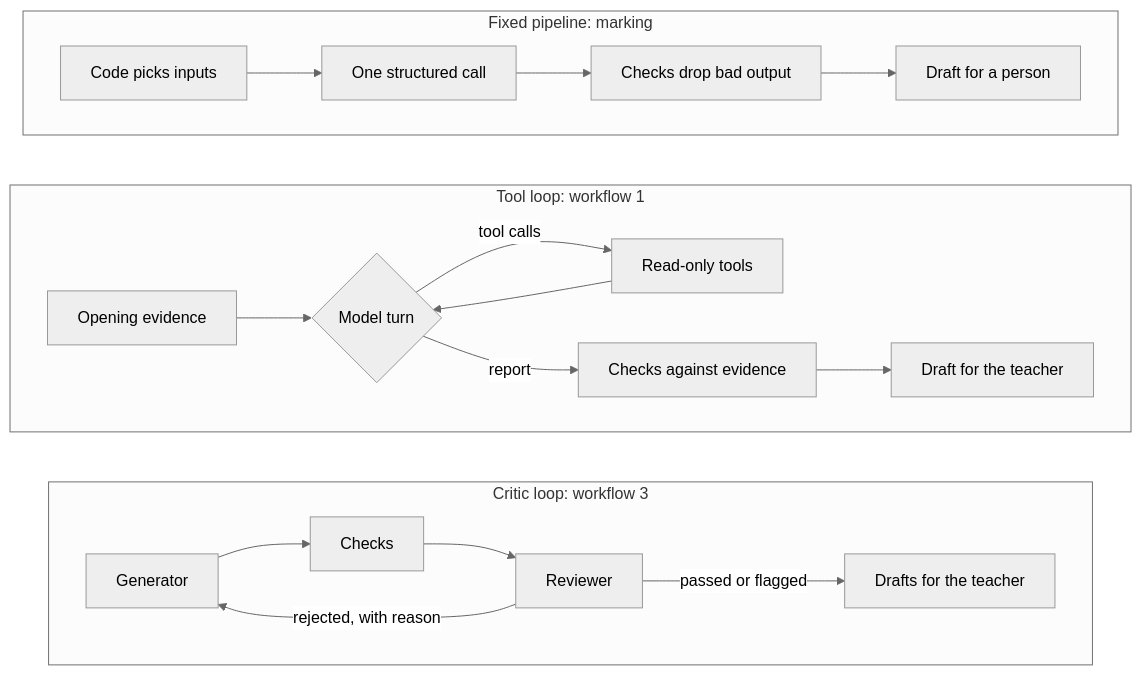
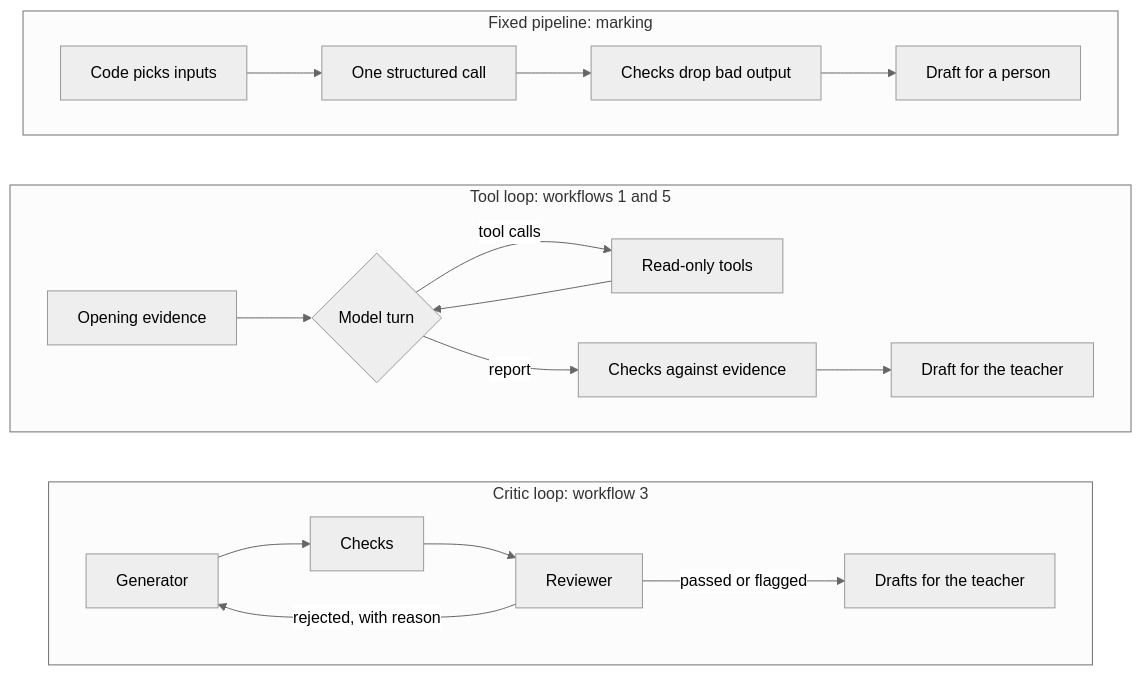
One commit to Naren3333/FSD_2026 changed the second of 8 diagrams in docs/architecture/agentic-workflows.md. Above: the diagram before and after it, drawn with Mermaid (neutral theme). The commit also changed other lines of this file and 46 other files, not shown here.

Commit message:
Add a class-insights copilot that answers a teacher's question about a class from its released figures and finalized answers, checks every group, figure and reference before showing names, and shares the interpretation agent's turn loop

````diff
--- a/docs/architecture/agentic-workflows.md
+++ b/docs/architecture/agentic-workflows.md
@@ -45,19 +45,19 @@
 ```mermaid
 flowchart LR
   subgraph Critic["Critic loop: workflow 3"]
     direction LR
     C1[Generator] --> C2[Checks] --> C3[Reviewer]
     C3 -->|rejected, with reason| C1
     C3 -->|passed or flagged| C4[Drafts for the teacher]
   end
-  subgraph Tools["Tool loop: workflow 1"]
+  subgraph Tools["Tool loop: workflows 1 and 5"]
     direction LR
     T1[Opening evidence] --> T2{Model turn}
     T2 -->|tool calls| T3[Read-only tools] --> T2
     T2 -->|report| T4[Checks against evidence] --> T5[Draft for the teacher]
   end
   subgraph Fixed["Fixed pipeline: marking"]
     direction LR
     F1[Code picks inputs] --> F2[One structured call] --> F3[Checks drop bad output] --> F4[Draft for a person]
   end
 ```
````
